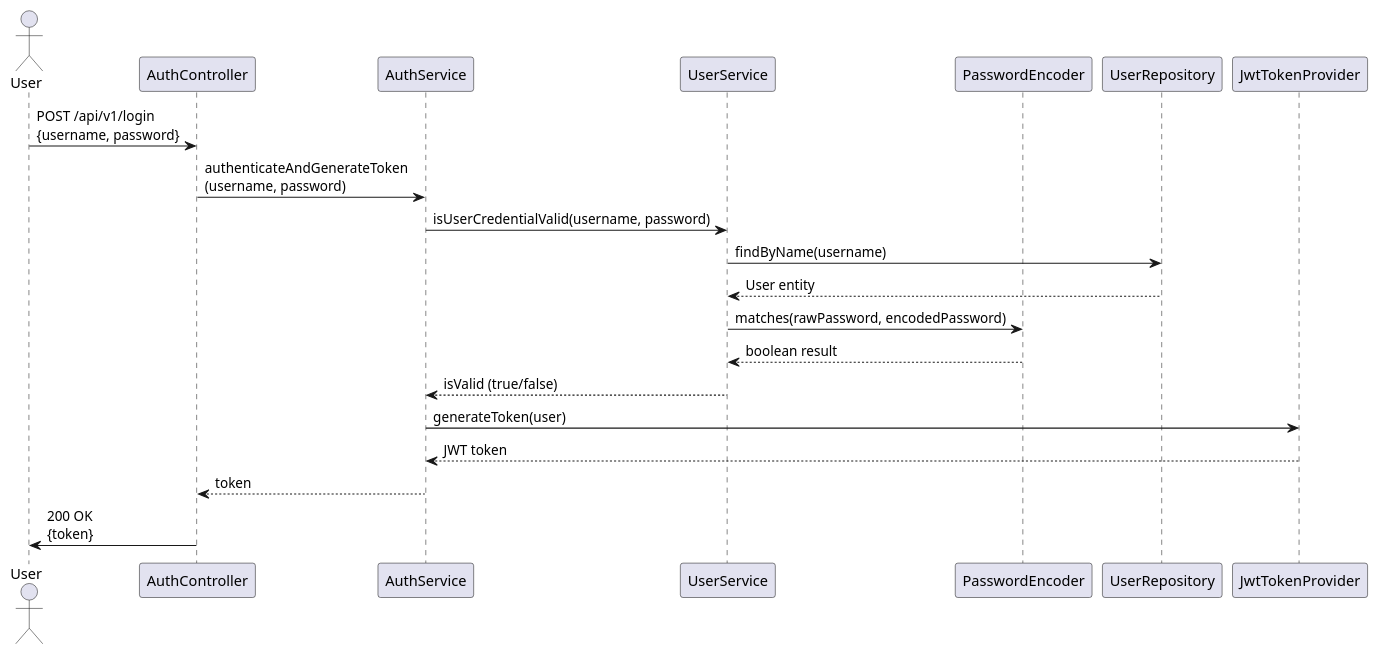
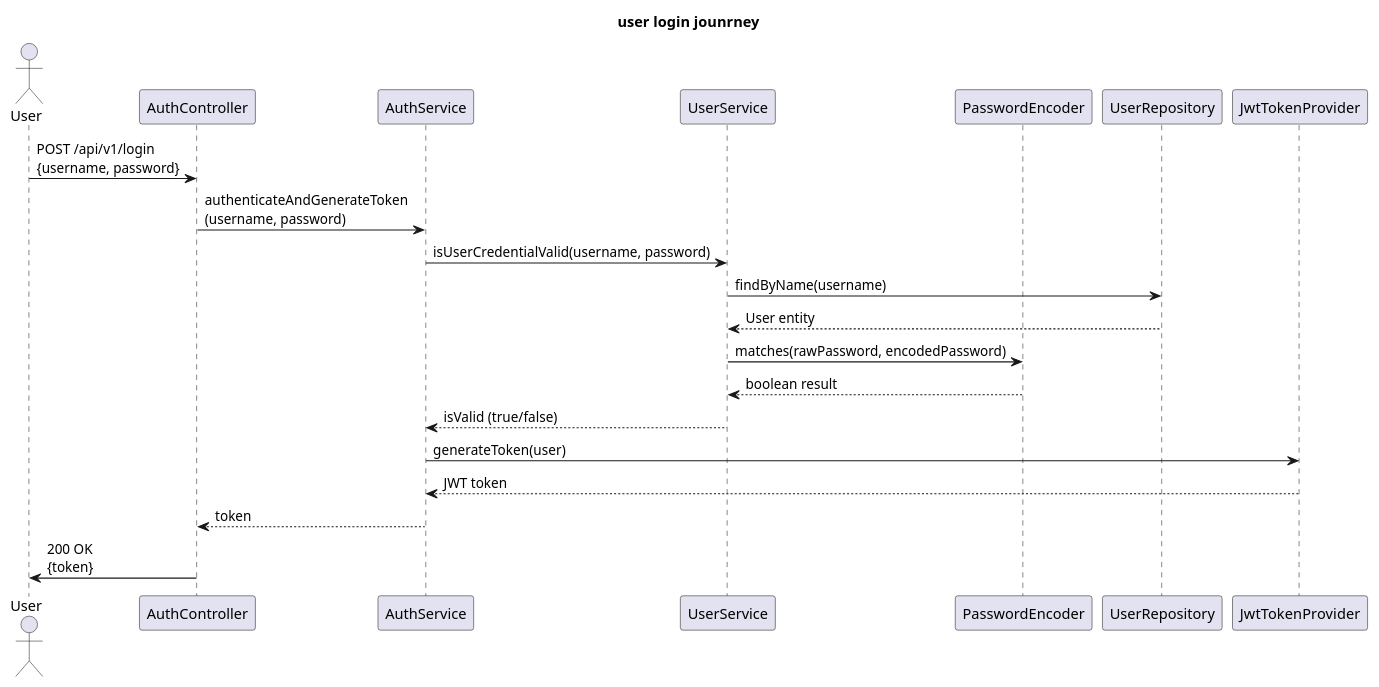
The diagram in docs/sequence-diagram/login-journey.puml (ImShakthi/CineMetrics), drawn with PlantUML before and after one commit. The commit also changed 10 other files, not shown here.

Commit message:
sequence diagrams

```diff
--- a/docs/sequence-diagram/login-journey.puml
+++ b/docs/sequence-diagram/login-journey.puml
@@ -1,24 +1,26 @@
 @startuml
+title user login jounrney
+
 actor User
 participant "AuthController" as Controller
 participant "AuthService" as Service
 participant "UserService" as UserService
 participant "PasswordEncoder" as PasswordEncoder
 participant "UserRepository" as Repo
 participant "JwtTokenProvider" as JWT
 
 User -> Controller: POST /api/v1/login\n{username, password}
 Controller -> Service: authenticateAndGenerateToken\n(username, password)
 Service -> UserService: isUserCredentialValid(username, password)
 UserService -> Repo: findByName(username)
 Repo --> UserService: User entity
 
 UserService -> PasswordEncoder: matches(rawPassword, encodedPassword)
 PasswordEncoder --> UserService: boolean result
 
 UserService --> Service: isValid (true/false)
 Service -> JWT: generateToken(user)
 JWT --> Service: JWT token
 Service --> Controller: token
 Controller -> User: 200 OK\n{token}
 @enduml
```
